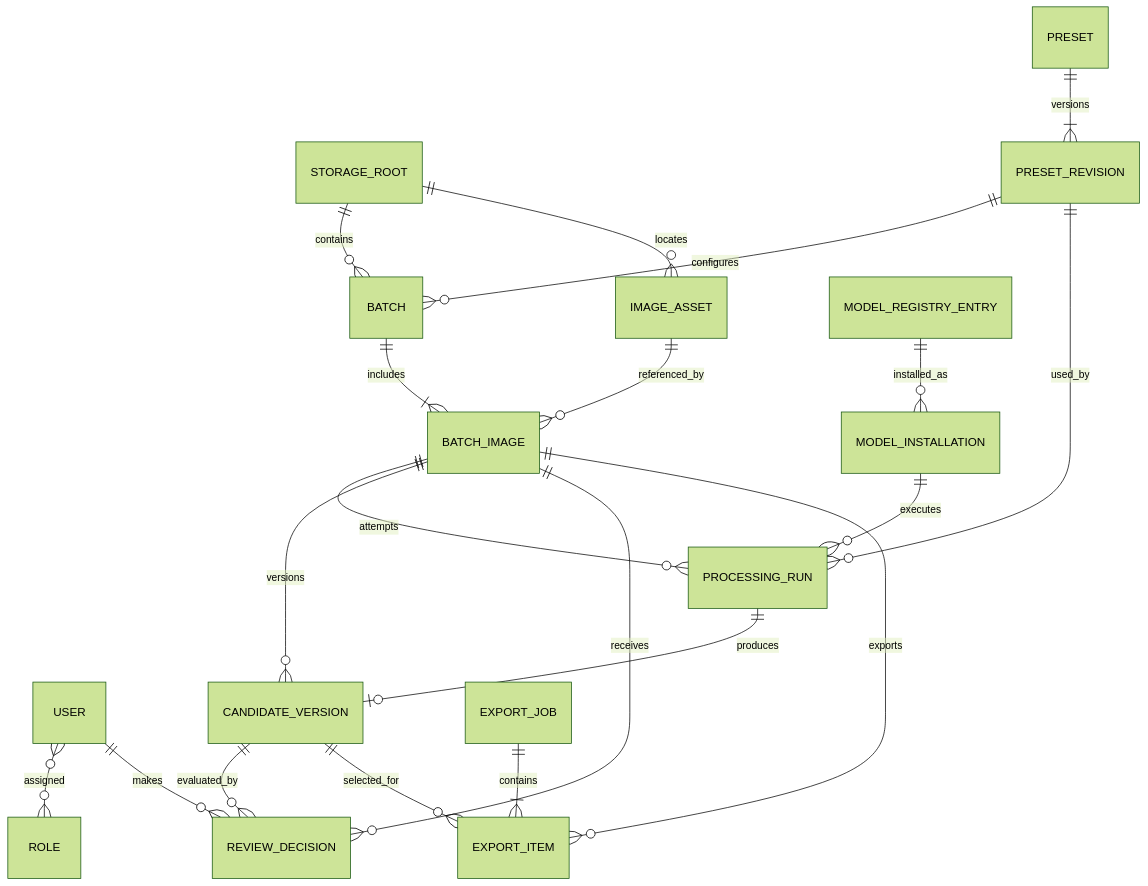
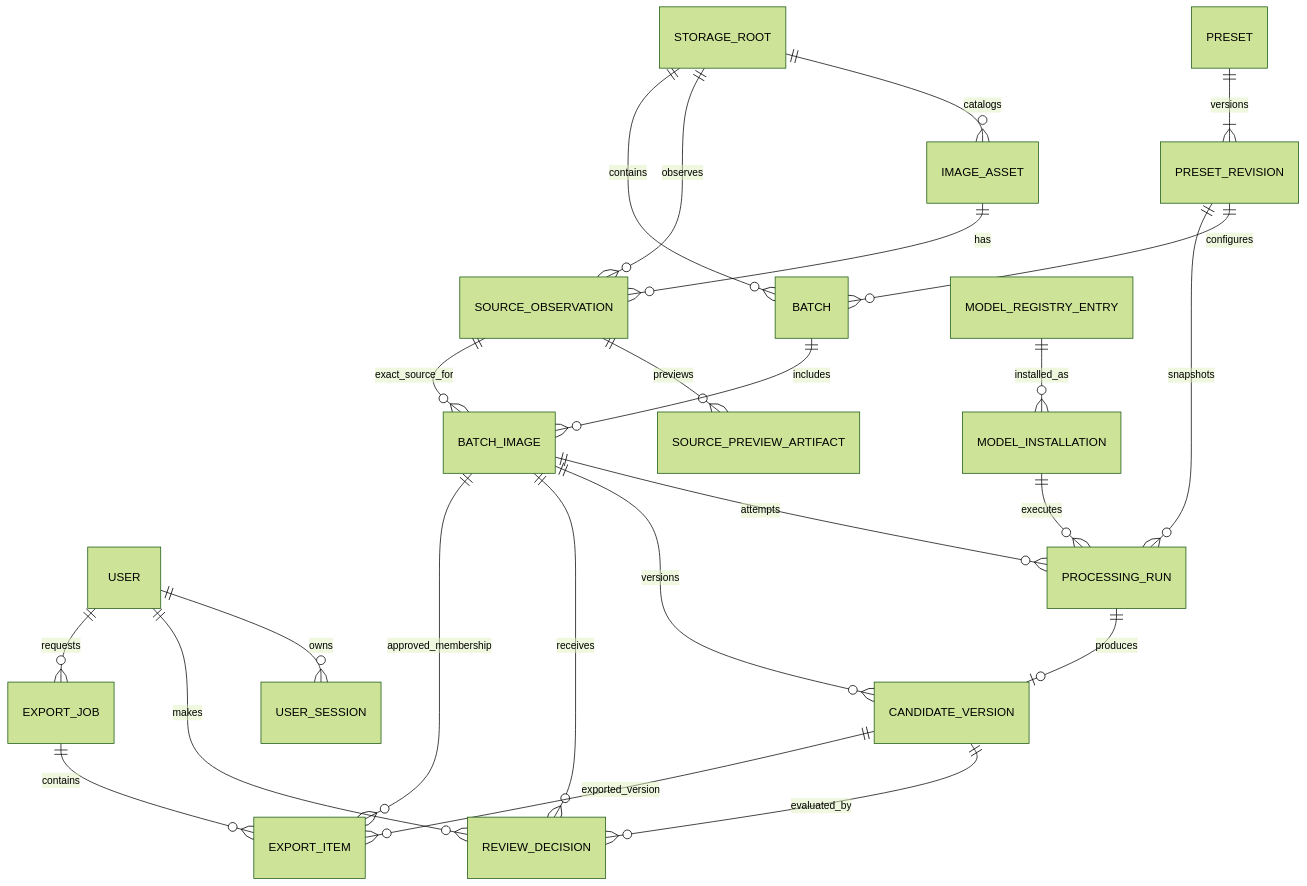
The diagram in docs/diagrams/entity-relationship.md (mohammadhasan-tayef/ghateh-iran-image-processor), drawn with Mermaid (forest theme) before and after one commit. The commit also changed other lines of this file and 27 other files, not shown here.

Commit message:
docs: correct sprint 0 architecture inconsistencies

````diff
--- a/docs/diagrams/entity-relationship.md
+++ b/docs/diagrams/entity-relationship.md
@@ -5,22 +5,26 @@
 ```mermaid
 erDiagram
-    USER }o--o{ ROLE : assigned
+    USER ||--o{ USER_SESSION : owns
     USER ||--o{ REVIEW_DECISION : makes
+    USER ||--o{ EXPORT_JOB : requests
+    STORAGE_ROOT ||--o{ IMAGE_ASSET : catalogs
+    STORAGE_ROOT ||--o{ SOURCE_OBSERVATION : observes
     STORAGE_ROOT ||--o{ BATCH : contains
-    STORAGE_ROOT ||--o{ IMAGE_ASSET : locates
+    IMAGE_ASSET ||--o{ SOURCE_OBSERVATION : has
+    SOURCE_OBSERVATION ||--o{ SOURCE_PREVIEW_ARTIFACT : previews
     PRESET ||--|{ PRESET_REVISION : versions
     PRESET_REVISION ||--o{ BATCH : configures
-    BATCH ||--|{ BATCH_IMAGE : includes
-    IMAGE_ASSET ||--o{ BATCH_IMAGE : referenced_by
+    BATCH ||--o{ BATCH_IMAGE : includes
+    SOURCE_OBSERVATION ||--o{ BATCH_IMAGE : exact_source_for
     BATCH_IMAGE ||--o{ PROCESSING_RUN : attempts
     PROCESSING_RUN ||--o| CANDIDATE_VERSION : produces
-    PRESET_REVISION ||--o{ PROCESSING_RUN : used_by
+    PRESET_REVISION ||--o{ PROCESSING_RUN : snapshots
     MODEL_REGISTRY_ENTRY ||--o{ MODEL_INSTALLATION : installed_as
     MODEL_INSTALLATION ||--o{ PROCESSING_RUN : executes
     BATCH_IMAGE ||--o{ CANDIDATE_VERSION : versions
     BATCH_IMAGE ||--o{ REVIEW_DECISION : receives
     CANDIDATE_VERSION ||--o{ REVIEW_DECISION : evaluated_by
-    EXPORT_JOB ||--|{ EXPORT_ITEM : contains
-    BATCH_IMAGE ||--o{ EXPORT_ITEM : exports
-    CANDIDATE_VERSION ||--o{ EXPORT_ITEM : selected_for
+    EXPORT_JOB ||--o{ EXPORT_ITEM : contains
+    BATCH_IMAGE ||--o{ EXPORT_ITEM : approved_membership
+    CANDIDATE_VERSION ||--o{ EXPORT_ITEM : exported_version
 ```
````
